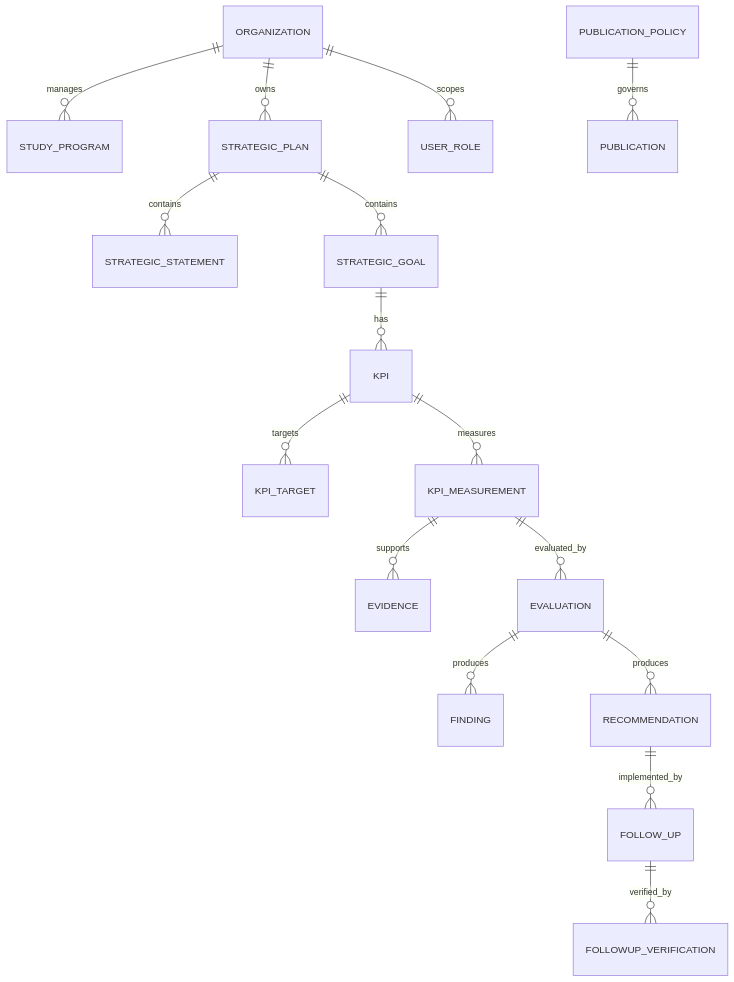
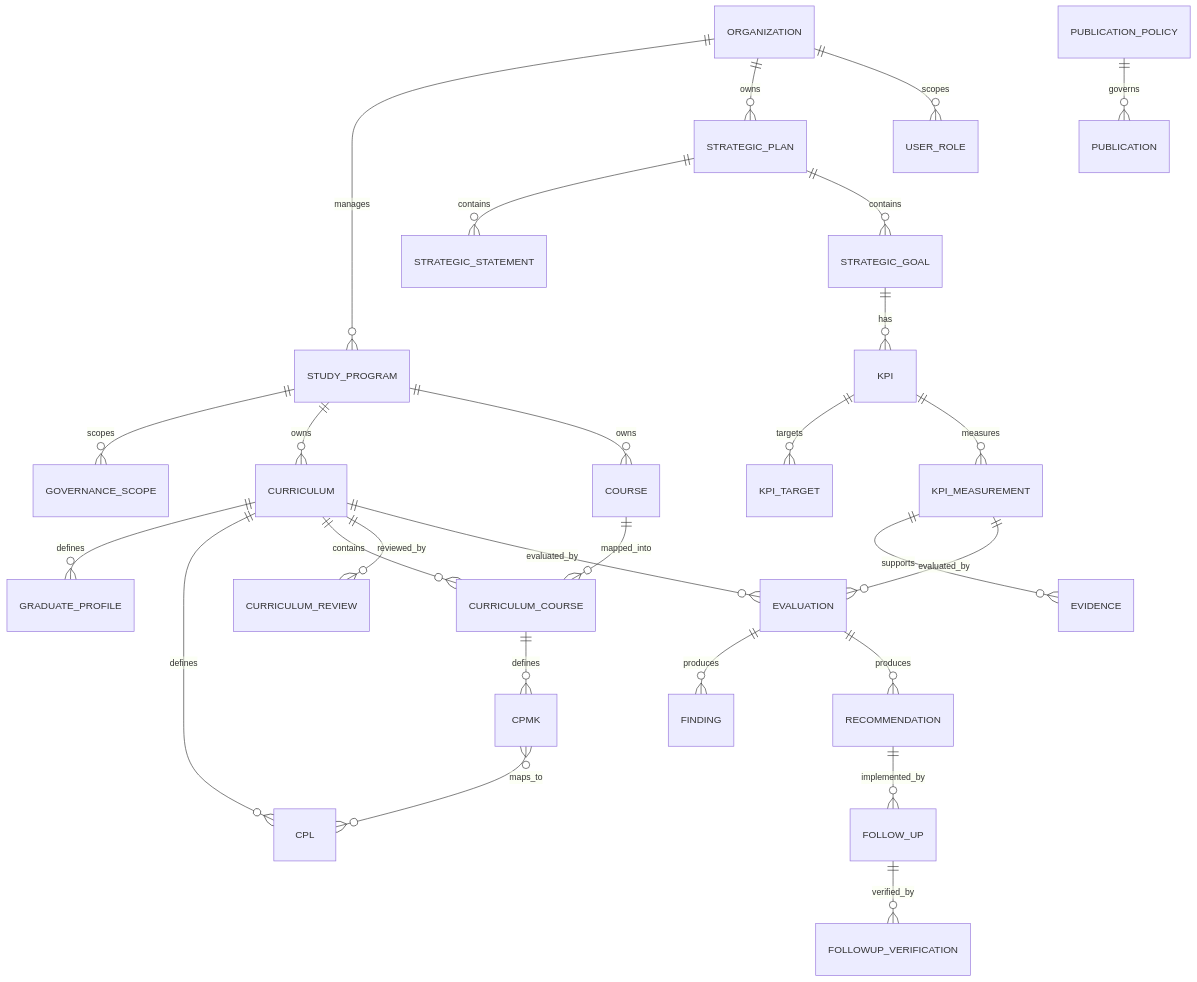
One commit to yanto-mashardi/publikasi-dan-system-evaluasi-jurusan changed the diagram in docs/05-data-model.md. Above: the diagram before and after it, drawn with Mermaid. The commit also changed other lines of this file, not shown here.

````diff
--- a/docs/05-data-model.md
+++ b/docs/05-data-model.md
@@ -5,18 +5,29 @@
 ```mermaid
 erDiagram
     ORGANIZATION ||--o{ STUDY_PROGRAM : manages
     ORGANIZATION ||--o{ STRATEGIC_PLAN : owns
+    STUDY_PROGRAM ||--o{ GOVERNANCE_SCOPE : scopes
     STRATEGIC_PLAN ||--o{ STRATEGIC_STATEMENT : contains
     STRATEGIC_PLAN ||--o{ STRATEGIC_GOAL : contains
     STRATEGIC_GOAL ||--o{ KPI : has
     KPI ||--o{ KPI_TARGET : targets
     KPI ||--o{ KPI_MEASUREMENT : measures
     KPI_MEASUREMENT ||--o{ EVIDENCE : supports
     KPI_MEASUREMENT ||--o{ EVALUATION : evaluated_by
+    STUDY_PROGRAM ||--o{ CURRICULUM : owns
+    CURRICULUM ||--o{ GRADUATE_PROFILE : defines
+    CURRICULUM ||--o{ CPL : defines
+    STUDY_PROGRAM ||--o{ COURSE : owns
+    CURRICULUM ||--o{ CURRICULUM_COURSE : contains
+    COURSE ||--o{ CURRICULUM_COURSE : mapped_into
+    CURRICULUM_COURSE ||--o{ CPMK : defines
+    CPMK }o--o{ CPL : maps_to
+    CURRICULUM ||--o{ CURRICULUM_REVIEW : reviewed_by
+    CURRICULUM ||--o{ EVALUATION : evaluated_by
     EVALUATION ||--o{ FINDING : produces
     EVALUATION ||--o{ RECOMMENDATION : produces
     RECOMMENDATION ||--o{ FOLLOW_UP : implemented_by
     FOLLOW_UP ||--o{ FOLLOWUP_VERIFICATION : verified_by
     ORGANIZATION ||--o{ USER_ROLE : scopes
     PUBLICATION_POLICY ||--o{ PUBLICATION : governs
 ```
````
